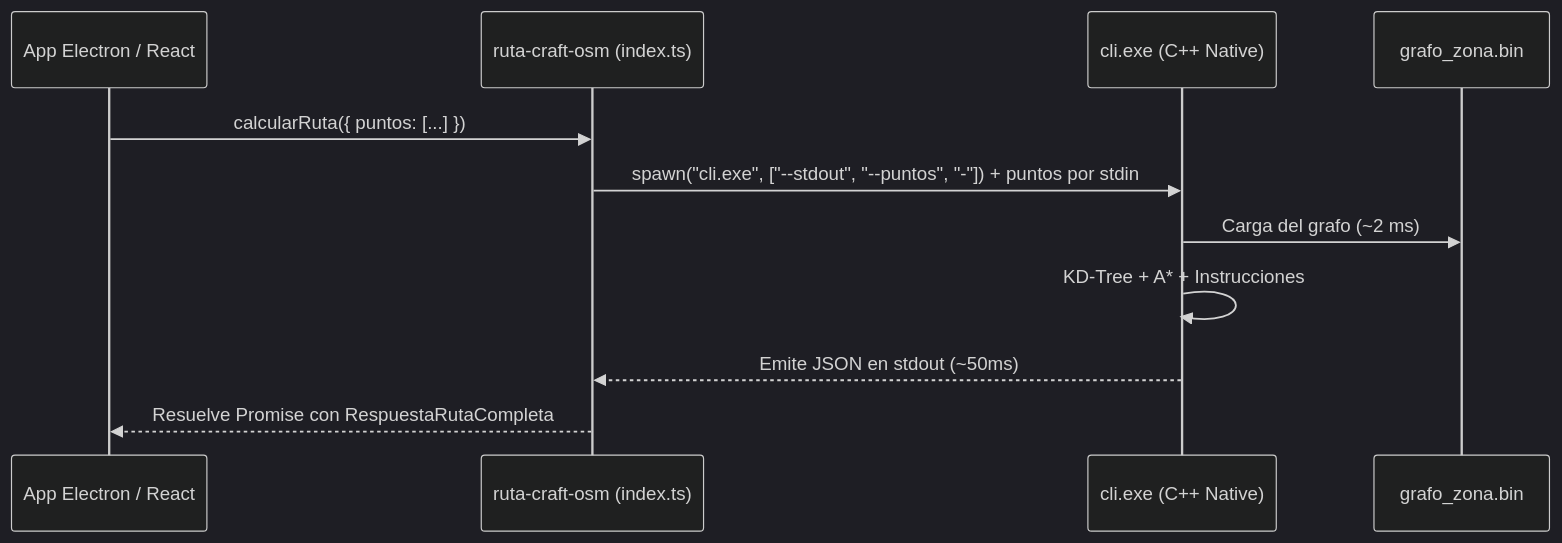
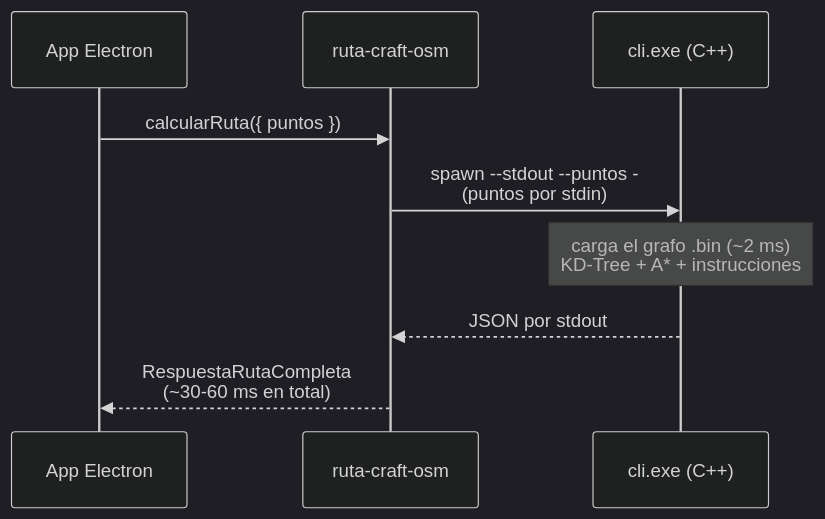
The first of 2 diagrams in docs/4_INTEGRACION_TYPESCRIPT_ELECTRON.md (Mahynlo/RutaCraftOSM), drawn with Mermaid (dark theme) before and after one commit. The commit also changed other lines of this file and 8 other files, not shown here.

````diff
--- a/docs/4_INTEGRACION_TYPESCRIPT_ELECTRON.md
+++ b/docs/4_INTEGRACION_TYPESCRIPT_ELECTRON.md
@@ -11,14 +11,12 @@
 ```mermaid
 sequenceDiagram
-    participant App as App Electron / React
-    participant TS as ruta-craft-osm (index.ts)
-    participant Cpp as cli.exe (C++ Native)
-    participant Bin as grafo_zona.bin
+    participant App as App Electron
+    participant TS as ruta-craft-osm
+    participant Cpp as cli.exe (C++)
 
-    App->>TS: calcularRuta({ puntos: [...] })
-    TS->>Cpp: spawn("cli.exe", ["--stdout", "--puntos", "-"]) + puntos por stdin
-    Cpp->>Bin: Carga del grafo (~2 ms)
-    Cpp->>Cpp: KD-Tree + A* + Instrucciones
-    Cpp-->>TS: Emite JSON en stdout (~50ms)
-    TS-->>App: Resuelve Promise con RespuestaRutaCompleta
+    App->>TS: calcularRuta({ puntos })
+    TS->>Cpp: spawn --stdout --puntos -<br/>(puntos por stdin)
+    Note over Cpp: carga el grafo .bin (~2 ms)<br/>KD-Tree + A* + instrucciones
+    Cpp-->>TS: JSON por stdout
+    TS-->>App: RespuestaRutaCompleta<br/>(~30-60 ms en total)
 ```
````
